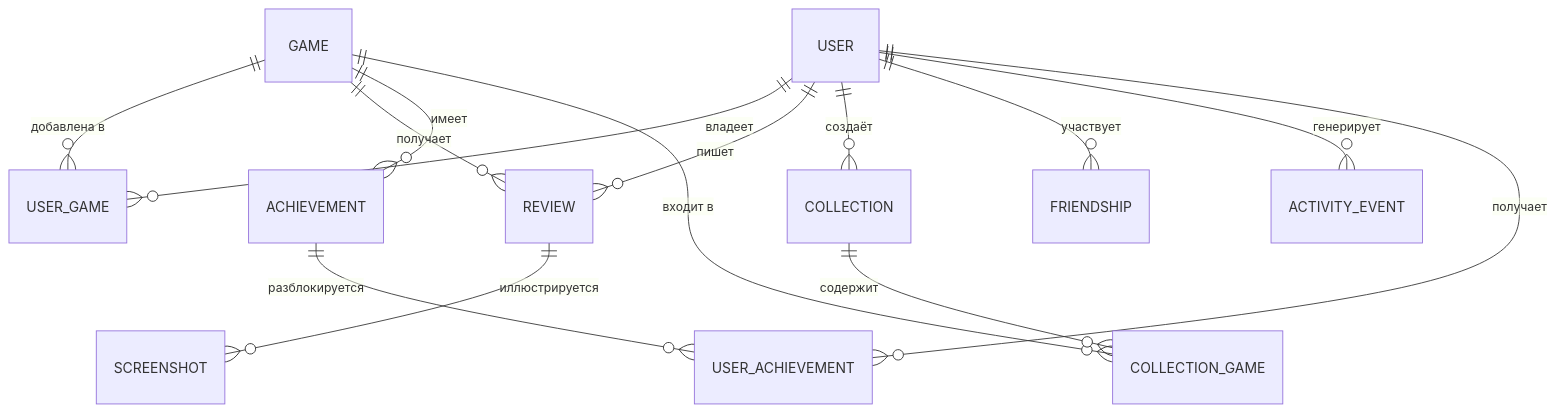
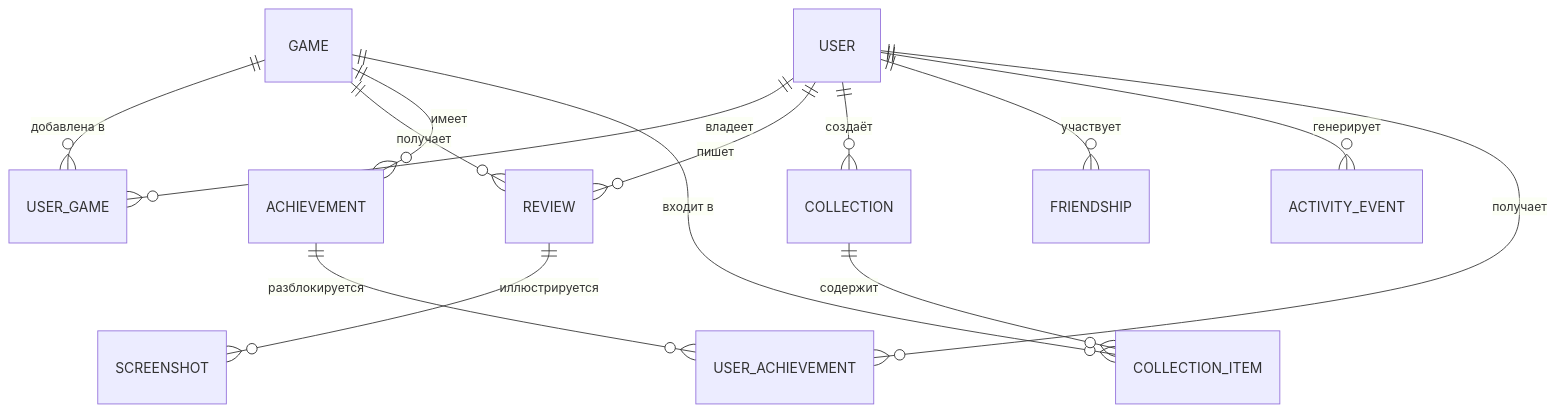
The diagram in docs/04-data-model.md (wapssess-gif/gamehub), drawn with Mermaid before and after one commit. The commit also changed other lines of this file and 8 other files, not shown here.

````diff
--- a/docs/04-data-model.md
+++ b/docs/04-data-model.md
@@ -143,18 +159,18 @@
 ```mermaid
 erDiagram
     USER ||--o{ USER_GAME : "владеет"
     USER ||--o{ REVIEW : "пишет"
     USER ||--o{ COLLECTION : "создаёт"
     USER ||--o{ FRIENDSHIP : "участвует"
     USER ||--o{ ACTIVITY_EVENT : "генерирует"
     USER ||--o{ USER_ACHIEVEMENT : "получает"
 
     GAME ||--o{ USER_GAME : "добавлена в"
     GAME ||--o{ REVIEW : "получает"
     GAME ||--o{ ACHIEVEMENT : "имеет"
-    GAME ||--o{ COLLECTION_GAME : "входит в"
+    GAME ||--o{ COLLECTION_ITEM : "входит в"
 
-    COLLECTION ||--o{ COLLECTION_GAME : "содержит"
+    COLLECTION ||--o{ COLLECTION_ITEM : "содержит"
     REVIEW ||--o{ SCREENSHOT : "иллюстрируется"
     ACHIEVEMENT ||--o{ USER_ACHIEVEMENT : "разблокируется"
 ```
````
